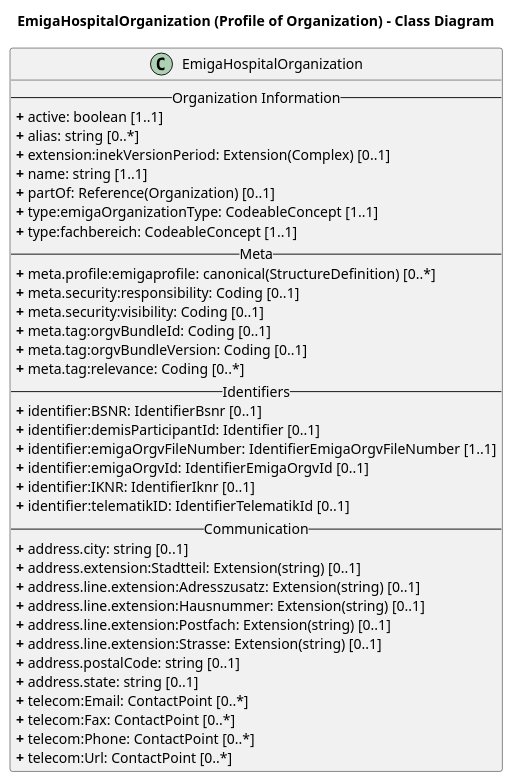
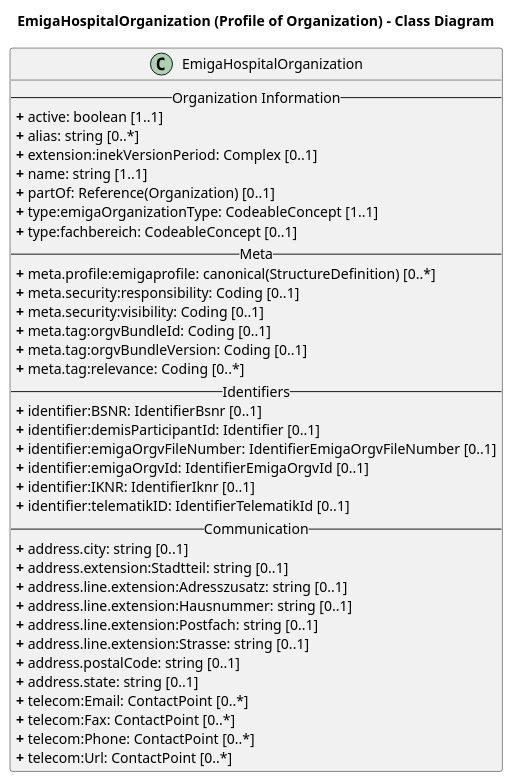
Before and after one commit to robert-koch-institut/rki.emiga.vzd: the diagram in rki.emiga.vzd/PlantUML/HospitalOrganization.puml, drawn with PlantUML. The commit also changed 2 other files, not shown here.

```diff
--- a/rki.emiga.vzd/PlantUML/HospitalOrganization.puml
+++ b/rki.emiga.vzd/PlantUML/HospitalOrganization.puml
@@ -1,45 +1,45 @@
 @startuml
 skinparam linetype ortho
 
 title EmigaHospitalOrganization (Profile of Organization) - Class Diagram
 
 ' Main Class
 class EmigaHospitalOrganization{
 -- Organization Information --
 <b>+</b> active: boolean [1..1]
 <b>+</b> alias: string [0..*]
-<b>+</b> extension:inekVersionPeriod: Extension(Complex) [0..1]
+<b>+</b> extension:inekVersionPeriod: Complex [0..1]
 <b>+</b> name: string [1..1]
 <b>+</b> partOf: Reference(Organization) [0..1]
 <b>+</b> type:emigaOrganizationType: CodeableConcept [1..1]
-<b>+</b> type:fachbereich: CodeableConcept [1..1]
+<b>+</b> type:fachbereich: CodeableConcept [0..1]
 -- Meta --
 <b>+</b> meta.profile:emigaprofile: canonical(StructureDefinition) [0..*]
 <b>+</b> meta.security:responsibility: Coding [0..1]
 <b>+</b> meta.security:visibility: Coding [0..1]
 <b>+</b> meta.tag:orgvBundleId: Coding [0..1]
 <b>+</b> meta.tag:orgvBundleVersion: Coding [0..1]
 <b>+</b> meta.tag:relevance: Coding [0..*]
 -- Identifiers --
 <b>+</b> identifier:BSNR: IdentifierBsnr [0..1] 
 <b>+</b> identifier:demisParticipantId: Identifier [0..1]
-<b>+</b> identifier:emigaOrgvFileNumber: IdentifierEmigaOrgvFileNumber [1..1]
+<b>+</b> identifier:emigaOrgvFileNumber: IdentifierEmigaOrgvFileNumber [0..1]
 <b>+</b> identifier:emigaOrgvId: IdentifierEmigaOrgvId [0..1]
 <b>+</b> identifier:IKNR: IdentifierIknr [0..1]
 <b>+</b> identifier:telematikID: IdentifierTelematikId [0..1]
 -- Communication --
 <b>+</b> address.city: string [0..1]
-<b>+</b> address.extension:Stadtteil: Extension(string) [0..1]
-<b>+</b> address.line.extension:Adresszusatz: Extension(string) [0..1]
-<b>+</b> address.line.extension:Hausnummer: Extension(string) [0..1]
-<b>+</b> address.line.extension:Postfach: Extension(string) [0..1]
-<b>+</b> address.line.extension:Strasse: Extension(string) [0..1]
+<b>+</b> address.extension:Stadtteil: string [0..1]
+<b>+</b> address.line.extension:Adresszusatz: string [0..1]
+<b>+</b> address.line.extension:Hausnummer: string [0..1]
+<b>+</b> address.line.extension:Postfach: string [0..1]
+<b>+</b> address.line.extension:Strasse: string [0..1]
 <b>+</b> address.postalCode: string [0..1]
 <b>+</b> address.state: string [0..1]
 <b>+</b> telecom:Email: ContactPoint [0..*]
 <b>+</b> telecom:Fax: ContactPoint [0..*]
 <b>+</b> telecom:Phone: ContactPoint [0..*]
 <b>+</b> telecom:Url: ContactPoint [0..*]
 }
 
 @enduml
```
